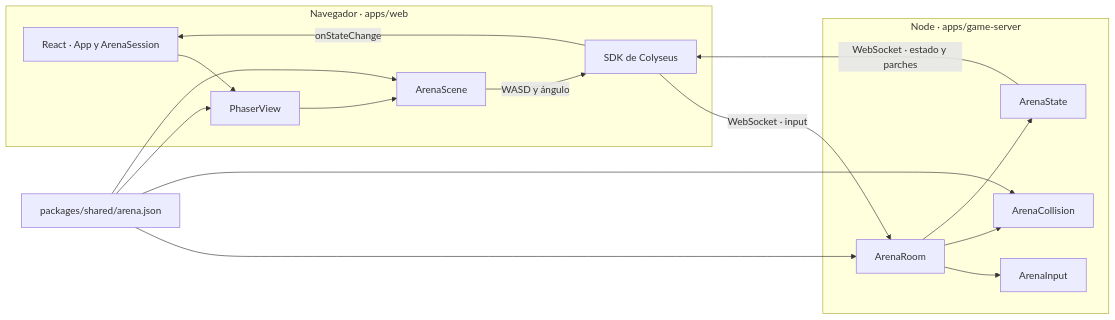
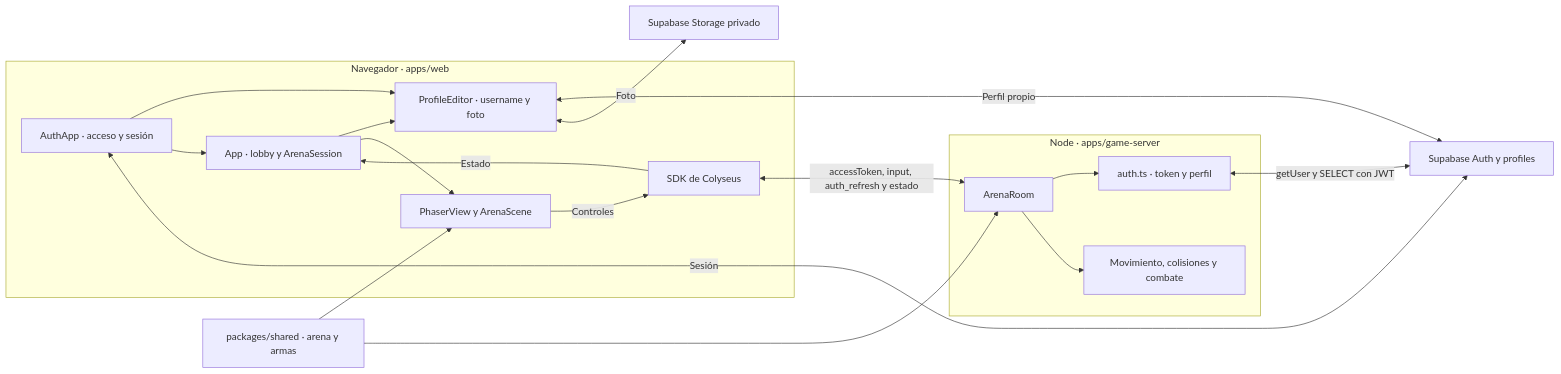
Before and after one commit to EMSiiU/TAP-WAR: the first of 2 diagrams in DOCUMENTACION.md, drawn with Mermaid. The commit also changed other lines of this file and 41 other files, not shown here.

Commit message:
feat: integra autenticacion Supabase y perfiles con foto, actualizacion de documentacion

````diff
--- a/DOCUMENTACION.md
+++ b/DOCUMENTACION.md
@@ -18,30 +20,32 @@
 ```mermaid
 flowchart LR
     subgraph WEB["Navegador · apps/web"]
-        UI["React · App y ArenaSession"]
-        VIEW["PhaserView"]
-        SCENE["ArenaScene"]
+        LOGIN["AuthApp · acceso y sesión"]
+        PROFILE["ProfileEditor · username y foto"]
+        UI["App · lobby y ArenaSession"]
+        VIEW["PhaserView y ArenaScene"]
         SDK["SDK de Colyseus"]
+        LOGIN --> PROFILE
+        LOGIN --> UI
+        UI --> PROFILE
         UI --> VIEW
-        VIEW --> SCENE
-        SCENE -->|"WASD y ángulo"| SDK
-        SDK -->|"onStateChange"| UI
+        VIEW -->|"Controles"| SDK
+        SDK -->|"Estado"| UI
     end
-
     subgraph SERVER["Node · apps/game-server"]
         ROOM["ArenaRoom"]
-        INPUT["ArenaInput"]
-        COLLISION["ArenaCollision"]
-        STATE["ArenaState"]
-        ROOM --> INPUT
-        ROOM --> COLLISION
-        ROOM --> STATE
+        AUTH["auth.ts · token y perfil"]
+        SIM["Movimiento, colisiones y combate"]
+        ROOM --> AUTH
+        ROOM --> SIM
     end
-
-    SDK -->|"WebSocket · input"| ROOM
-    STATE -->|"WebSocket · estado y parches"| SDK
-    MAP["packages/shared/arena.json"] --> VIEW
-    MAP --> SCENE
+    SB["Supabase Auth y profiles"]
+    STORAGE["Supabase Storage privado"]
+    LOGIN <-->|"Sesión"| SB
+    PROFILE <-->|"Perfil propio"| SB
+    PROFILE <-->|"Foto"| STORAGE
+    AUTH <-->|"getUser y SELECT con JWT"| SB
+    SDK <-->|"accessToken, input, auth_refresh y estado"| ROOM
+    MAP["packages/shared · arena y armas"] --> VIEW
     MAP --> ROOM
-    MAP --> COLLISION
 ```
````
